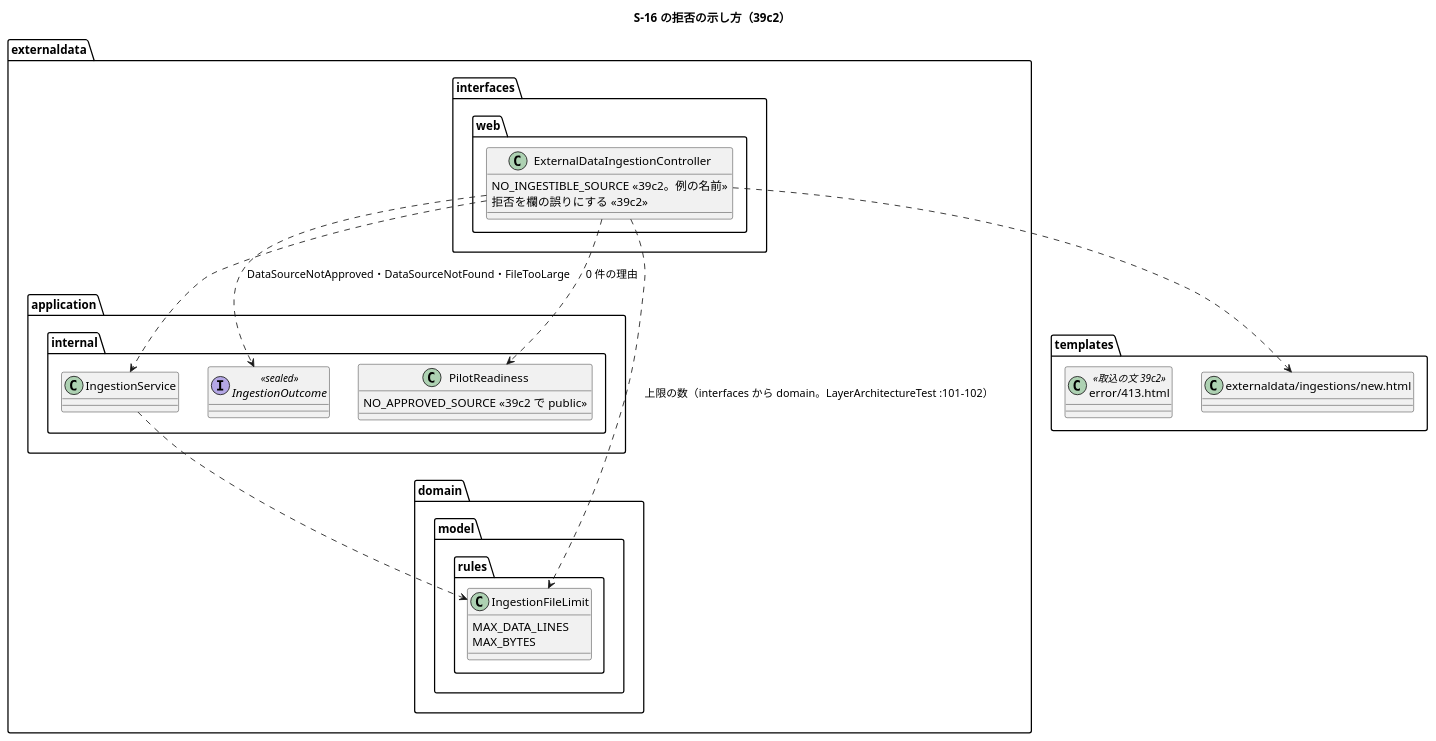
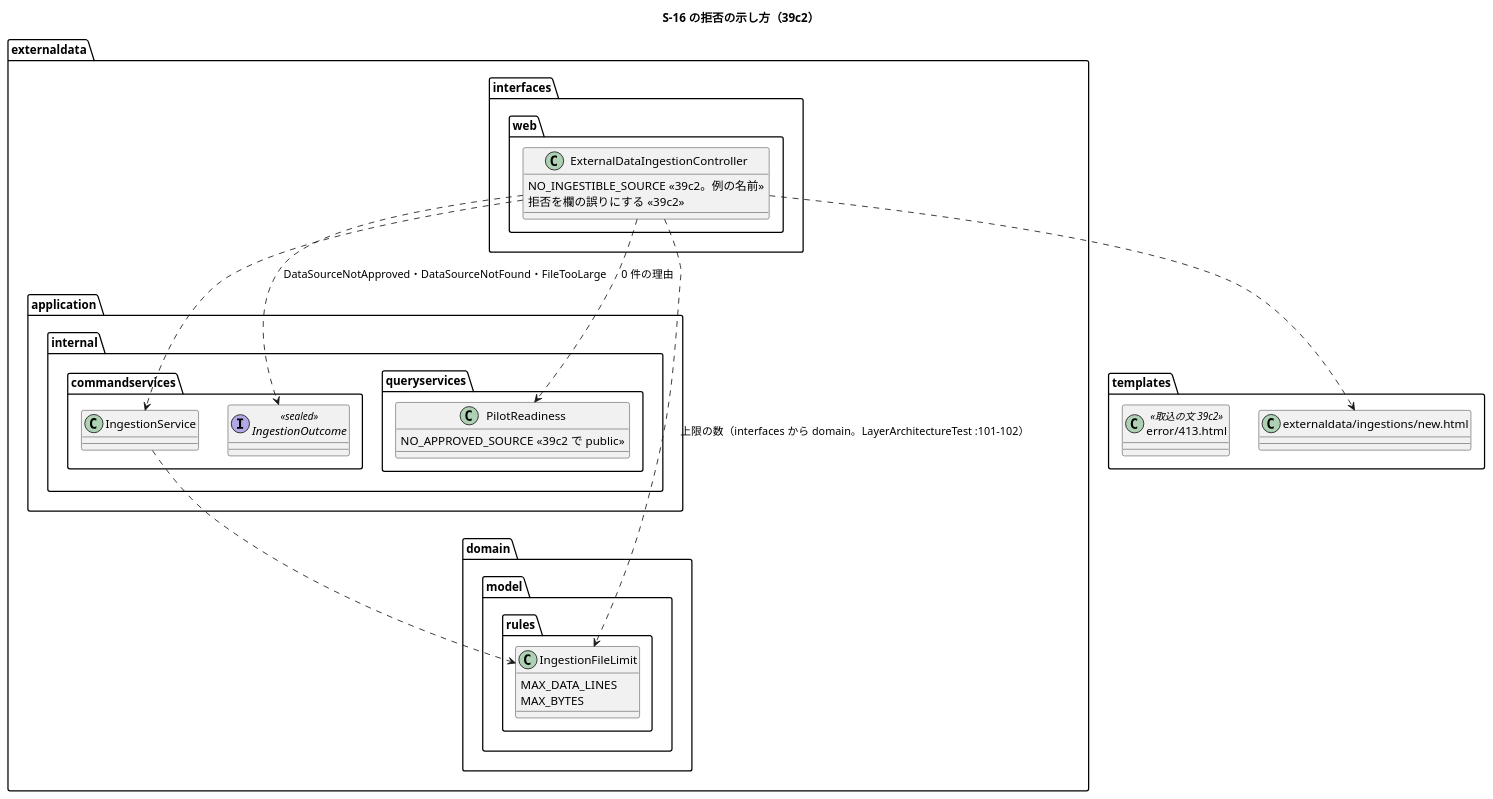
Before and after one commit to k2works/practical-domain-driven-design-in-enterpris-application: the fifth of 5 diagrams in docs/development/cargo-tracker/bolt_39c2_plan.md, drawn with PlantUML. The commit also changed other lines of this file and 2 other files, not shown here.

````diff
--- a/docs/development/cargo-tracker/bolt_39c2_plan.md
+++ b/docs/development/cargo-tracker/bolt_39c2_plan.md
@@ -251,34 +257,36 @@
 ```plantuml
 @startuml
 title S-16 の拒否の示し方（39c2）
 package "externaldata.interfaces.web" {
   class ExternalDataIngestionController {
     NO_INGESTIBLE_SOURCE <<39c2。例の名前>>
     拒否を欄の誤りにする <<39c2>>
   }
 }
-package "externaldata.application.internal" {
+package "externaldata.application.internal.commandservices" {
   class IngestionService
   interface IngestionOutcome <<sealed>>
+}
+package "externaldata.application.internal.queryservices" {
   class PilotReadiness {
     NO_APPROVED_SOURCE <<39c2 で public>>
   }
 }
 package "externaldata.domain.model.rules" {
   class IngestionFileLimit {
     MAX_DATA_LINES
     MAX_BYTES
   }
 }
 package "templates" {
   class "externaldata/ingestions/new.html" as NewHtml
   class "error/413.html" as Error413 <<取込の文 39c2>>
 }
 ExternalDataIngestionController ..> IngestionService
 ExternalDataIngestionController ..> IngestionOutcome : DataSourceNotApproved・DataSourceNotFound・FileTooLarge
 ExternalDataIngestionController ..> PilotReadiness : 0 件の理由
 ExternalDataIngestionController ..> IngestionFileLimit : 上限の数（interfaces から domain。LayerArchitectureTest :101-102）
 ExternalDataIngestionController ..> NewHtml
 IngestionService ..> IngestionFileLimit
 @enduml
 ```
````
